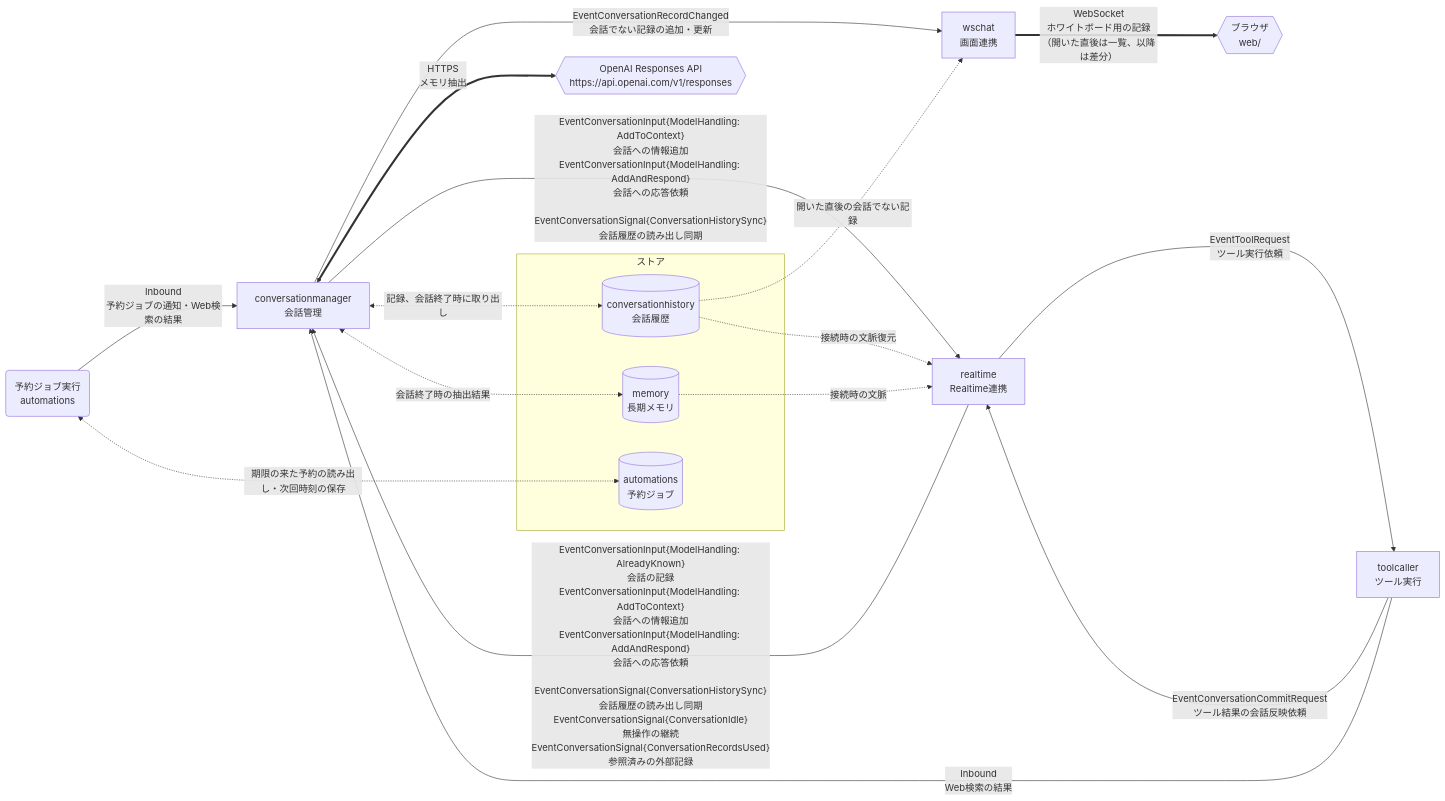
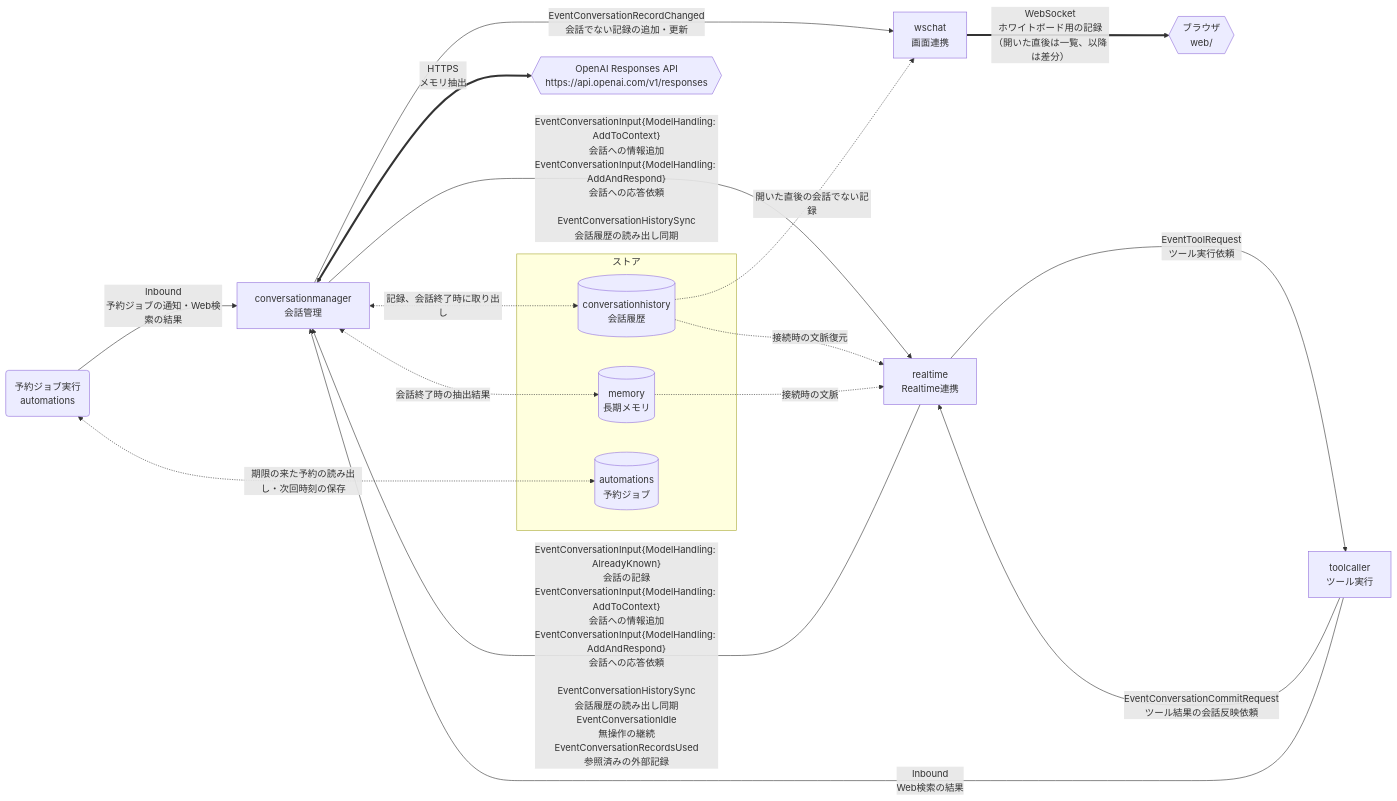
One commit to tetetratra/smart-speaker changed the second of 3 diagrams in README.md. Above: the diagram before and after it, drawn with Mermaid. The commit also changed 40 other files, not shown here.

````diff
--- a/README.md
+++ b/README.md
@@ -121,32 +121,32 @@
 ```mermaid
 flowchart LR
     manager["conversationmanager<br/>会話管理"]
     openaiResponses{{"OpenAI Responses API<br/>https://api.openai.com/v1/responses"}}
     rt["realtime<br/>Realtime連携"]
     tool["toolcaller<br/>ツール実行"]
     scheduler("予約ジョブ実行<br/>automations")
     chat["wschat<br/>画面連携"]
     browser{{"ブラウザ<br/>web/"}}
 
     subgraph g0["ストア"]
         historyStore[("conversationhistory<br/>会話履歴")]
         memoryStore[("memory<br/>長期メモリ")]
         automationStore[("automations<br/>予約ジョブ")]
     end
 
     manager <==>|"HTTPS<br/>メモリ抽出"| openaiResponses
-    rt -->|"EventConversationInput{ModelHandling: AlreadyKnown}<br/>会話の記録<br/>EventConversationInput{ModelHandling: AddToContext}<br/>会話への情報追加<br/>EventConversationInput{ModelHandling: AddAndRespond}<br/>会話への応答依頼<br/><br/>EventConversationSignal{ConversationHistorySync}<br/>会話履歴の読み出し同期<br/>EventConversationSignal{ConversationIdle}<br/>無操作の継続<br/>EventConversationSignal{ConversationRecordsUsed}<br/>参照済みの外部記録"| manager
-    manager --->|"EventConversationInput{ModelHandling: AddToContext}<br/>会話への情報追加<br/>EventConversationInput{ModelHandling: AddAndRespond}<br/>会話への応答依頼<br/><br/>EventConversationSignal{ConversationHistorySync}<br/>会話履歴の読み出し同期"| rt
+    rt -->|"EventConversationInput{ModelHandling: AlreadyKnown}<br/>会話の記録<br/>EventConversationInput{ModelHandling: AddToContext}<br/>会話への情報追加<br/>EventConversationInput{ModelHandling: AddAndRespond}<br/>会話への応答依頼<br/><br/>EventConversationHistorySync<br/>会話履歴の読み出し同期<br/>EventConversationIdle<br/>無操作の継続<br/>EventConversationRecordsUsed<br/>参照済みの外部記録"| manager
+    manager --->|"EventConversationInput{ModelHandling: AddToContext}<br/>会話への情報追加<br/>EventConversationInput{ModelHandling: AddAndRespond}<br/>会話への応答依頼<br/><br/>EventConversationHistorySync<br/>会話履歴の読み出し同期"| rt
     rt -->|"EventToolRequest<br/>ツール実行依頼"| tool
     tool --->|"EventConversationCommitRequest<br/>ツール結果の会話反映依頼"| rt
     scheduler -->|"Inbound<br/>予約ジョブの通知・Web検索の結果"| manager
     tool -->|"Inbound<br/>Web検索の結果"| manager
     manager <-.->|"記録、会話終了時に取り出し"| historyStore
     historyStore -.->|"接続時の文脈復元"| rt
     memoryStore -.->|"接続時の文脈"| rt
     manager <-.->|"会話終了時の抽出結果"| memoryStore
     manager -->|"EventConversationRecordChanged<br/>会話でない記録の追加・更新"| chat
     historyStore -.->|"開いた直後の会話でない記録"| chat
     chat ==>|"WebSocket<br/>ホワイトボード用の記録（開いた直後は一覧、以降は差分）"| browser
     scheduler <-.->|"期限の来た予約の読み出し・次回時刻の保存"| automationStore
 ```
````
